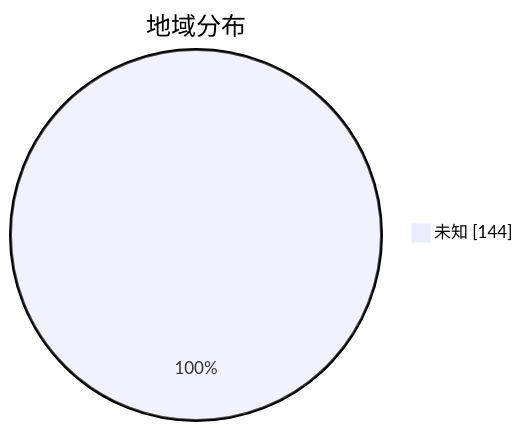
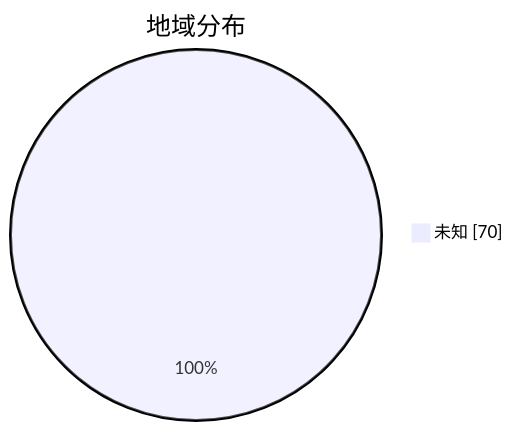
The second of 3 diagrams in subs/statistics/tested_within.md (qjlxg/airport), drawn with Mermaid before and after one commit. The commit also changed other lines of this file and 2 other files, not shown here.

````diff
--- a/subs/statistics/tested_within.md
+++ b/subs/statistics/tested_within.md
@@ -12,5 +12,5 @@
 ```mermaid
 pie showData
 title 地域分布
-"未知" : 144
+"未知" : 70
 ```
````
